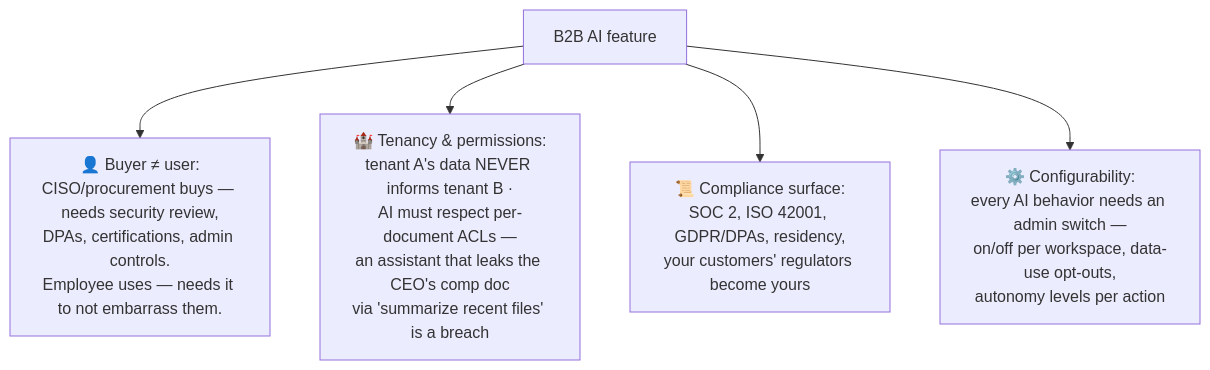
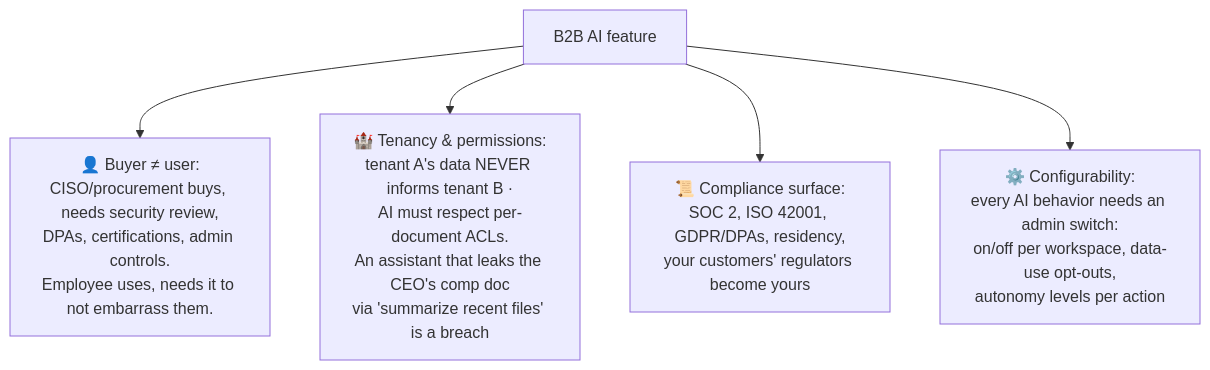
The diagram in 05-domains/enterprise-saas.md (sugirdadinakar/AI-for-Product-Managers), drawn with Mermaid before and after one commit. The commit also changed other lines of this file and 59 other files, not shown here.

````diff
--- a/05-domains/enterprise-saas.md
+++ b/05-domains/enterprise-saas.md
@@ -21,7 +21,7 @@
 ```mermaid
 flowchart TD
-    A["B2B AI feature"] --> B["👤 Buyer ≠ user:<br/>CISO/procurement buys — needs security review,<br/>DPAs, certifications, admin controls.<br/>Employee uses — needs it to not embarrass them."]
-    A --> C["🏰 Tenancy & permissions:<br/>tenant A's data NEVER informs tenant B ·<br/>AI must respect per-document ACLs —<br/>an assistant that leaks the CEO's comp doc<br/>via 'summarize recent files' is a breach"]
+    A["B2B AI feature"] --> B["👤 Buyer ≠ user:<br/>CISO/procurement buys, needs security review,<br/>DPAs, certifications, admin controls.<br/>Employee uses, needs it to not embarrass them."]
+    A --> C["🏰 Tenancy & permissions:<br/>tenant A's data NEVER informs tenant B ·<br/>AI must respect per-document ACLs.<br/>An assistant that leaks the CEO's comp doc<br/>via 'summarize recent files' is a breach"]
     A --> D["📜 Compliance surface:<br/>SOC 2, ISO 42001, GDPR/DPAs, residency,<br/>your customers' regulators become yours"]
-    A --> E["⚙️ Configurability:<br/>every AI behavior needs an admin switch —<br/>on/off per workspace, data-use opt-outs,<br/>autonomy levels per action"]
+    A --> E["⚙️ Configurability:<br/>every AI behavior needs an admin switch:<br/>on/off per workspace, data-use opt-outs,<br/>autonomy levels per action"]
 ```
````
